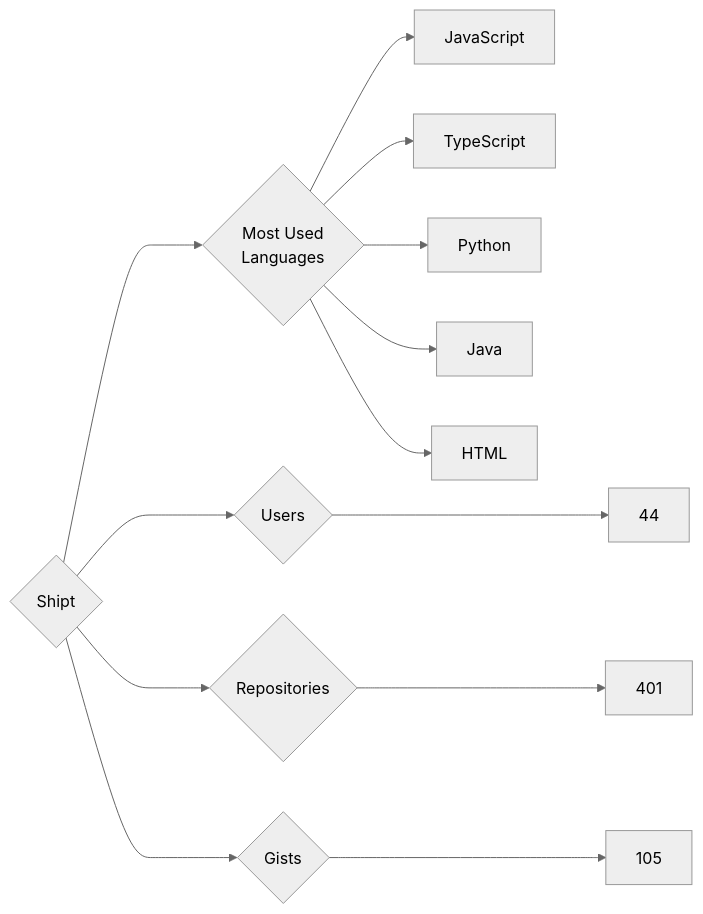
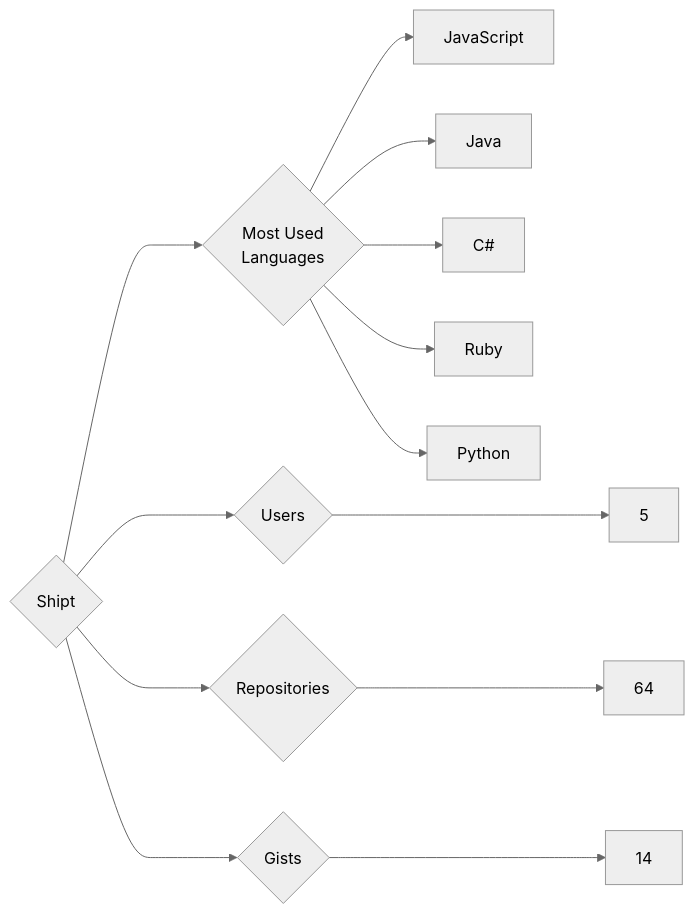
The diagram in targets/Shipt/README.md (trickest/insiders), drawn with Mermaid (neutral theme) before and after one commit. The commit also changed 829 other files, not shown here.

````diff
--- a/targets/Shipt/README.md
+++ b/targets/Shipt/README.md
@@ -3,13 +3,13 @@
 ```mermaid
 graph LR
 COMPANY_NAME{Shipt}
-COMPANY_NAME ---> U{Users} ---> UN[44]
-COMPANY_NAME ---> R{Repositories} ---> RN[401]
-COMPANY_NAME ---> G{Gists} ---> GN[105]
+COMPANY_NAME ---> U{Users} ---> UN[5]
+COMPANY_NAME ---> R{Repositories} ---> RN[64]
+COMPANY_NAME ---> G{Gists} ---> GN[14]
 COMPANY_NAME ---> ML{Most Used<br>Languages}
 ML --> JavaScript[JavaScript]
-ML --> TypeScript[TypeScript]
+ML --> Java[Java]
+ML --> C#[C#]
+ML --> Ruby[Ruby]
 ML --> Python[Python]
-ML --> Java[Java]
-ML --> HTML[HTML]
 ```
````
